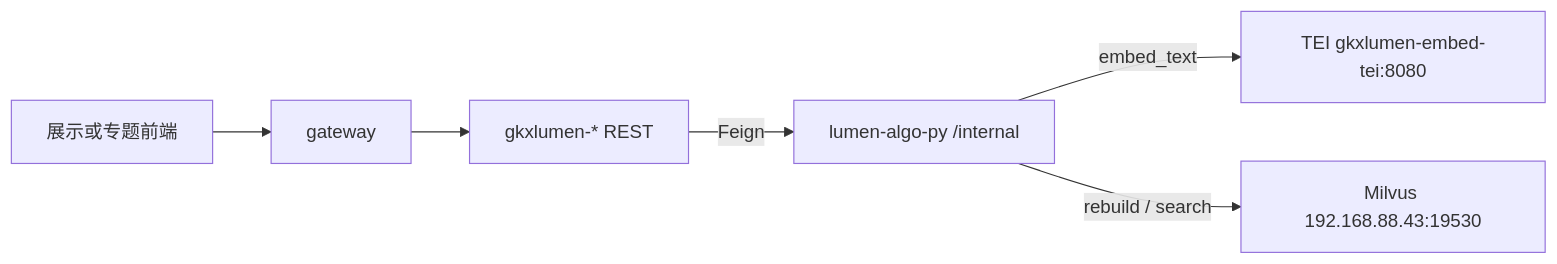
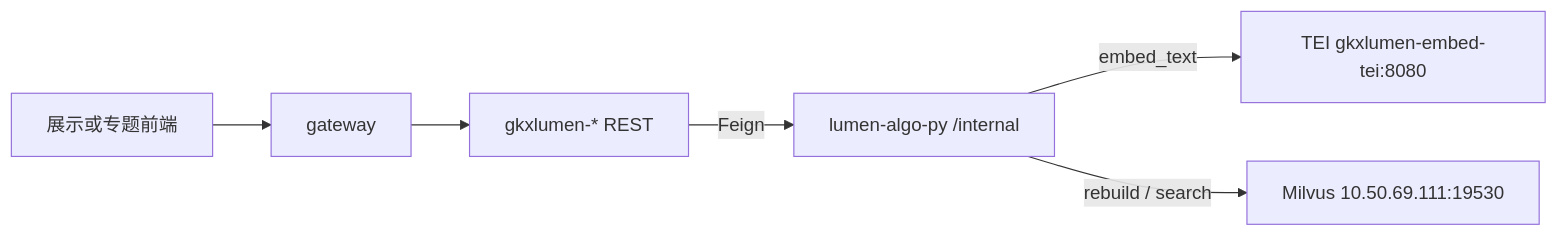
Before and after one commit to Marisolebxf/-: the third of 3 diagrams in agent-delivery/agent-handoffs/产品整体定义/跨系统-向量库/02-概要设计.md, drawn with Mermaid. The commit also changed other lines of this file and 232 other files, not shown here.

````diff
--- a/agent-delivery/agent-handoffs/产品整体定义/跨系统-向量库/02-概要设计.md
+++ b/agent-delivery/agent-handoffs/产品整体定义/跨系统-向量库/02-概要设计.md
@@ -77,12 +77,12 @@
 ```mermaid
 flowchart LR
   FE["展示或专题前端"]
   GW["gateway"]
   JAVA["gkxlumen-* REST"]
   PY["lumen-algo-py /internal"]
   TEI["TEI gkxlumen-embed-tei:8080"]
-  VEC["Milvus 192.168.88.43:19530"]
+  VEC["Milvus 10.50.69.111:19530"]
   FE --> GW --> JAVA -->|"Feign"| PY
   PY -->|"embed_text"| TEI
   PY -->|"rebuild / search"| VEC
 ```
````
